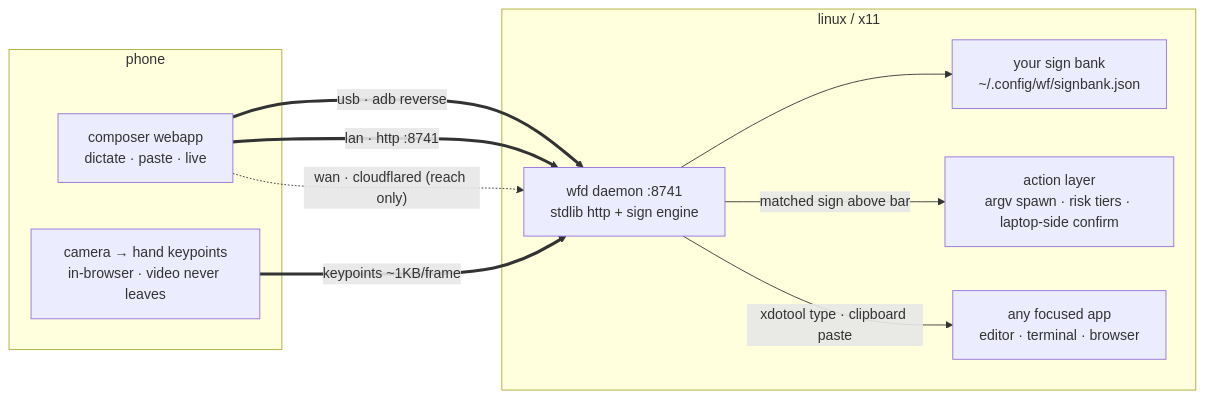
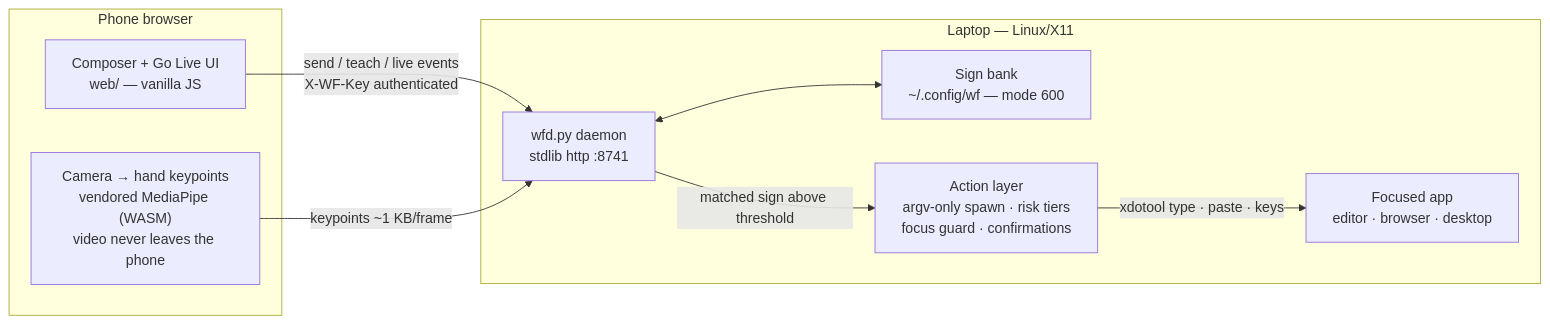
The first of 3 diagrams in README.md (GC-WORK11/wispr-wrap), drawn with Mermaid before and after one commit. The commit also changed other lines of this file and 34 other files, not shown here.

First line of the commit message:
Public-repo hygiene sweep + README rewrite for Sign-Flow

````diff
--- a/README.md
+++ b/README.md
@@ -33,20 +46,18 @@
 ```mermaid
 flowchart LR
-    subgraph phone["phone"]
-        C["composer webapp<br/>dictate · paste · live"]
-        CAM["camera → hand keypoints<br/>in-browser · video never leaves"]
+    subgraph phone["Phone browser"]
+        UI["Composer + Go Live UI<br/>web/ — vanilla JS"]
+        CAM["Camera → hand keypoints<br/>vendored MediaPipe (WASM)<br/>video never leaves the phone"]
     end
-    subgraph laptop["linux / x11"]
-        D["wfd daemon :8741<br/>stdlib http + sign engine"]
-        B["your sign bank<br/>~/.config/wf/signbank.json"]
-        A["action layer<br/>argv spawn · risk tiers · laptop-side confirm"]
-        X["any focused app<br/>editor · terminal · browser"]
-        D --> B
-        D -->|"matched sign above bar"| A
-        D -->|"xdotool type · clipboard paste"| X
+    subgraph laptop["Laptop — Linux/X11"]
+        WFD["wfd.py daemon<br/>stdlib http :8741"]
+        BANK["Sign bank<br/>~/.config/wf — mode 600"]
+        ACT["Action layer<br/>argv-only spawn · risk tiers<br/>focus guard · confirmations"]
+        APP["Focused app<br/>editor · browser · desktop"]
     end
-    C ==>|"usb · adb reverse"| D
-    C ==>|"lan · http :8741"| D
-    C -.->|"wan · cloudflared (reach only)"| D
-    CAM ==>|"keypoints ~1KB/frame"| D
+    UI -->|"send / teach / live events<br/>X-WF-Key authenticated"| WFD
+    CAM -->|"keypoints ~1 KB/frame"| WFD
+    WFD <--> BANK
+    WFD -->|"matched sign above threshold"| ACT
+    ACT -->|"xdotool type · paste · keys"| APP
 ```
````
